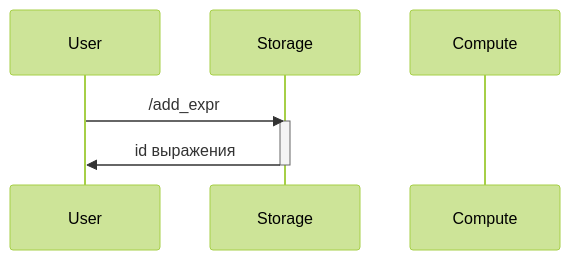
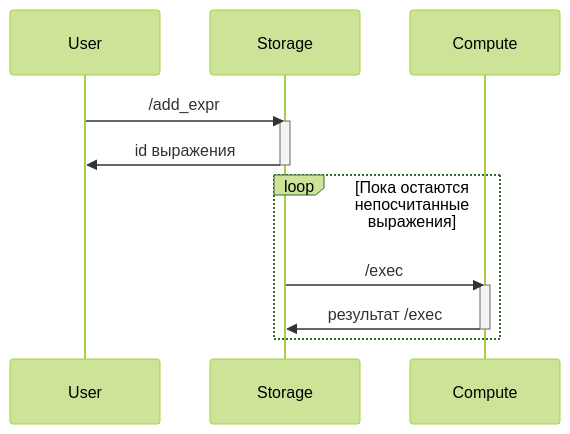
The second of 2 diagrams in README.md (XJIeI5/calculator), drawn with Mermaid (forest theme) before and after one commit.

````diff
--- a/README.md
+++ b/README.md
@@ -166,10 +166,16 @@
 ```mermaid
 sequenceDiagram;
   participant U as User;
   participant S as Storage;
   participant C as Compute;
   U->>S: /add_expr;
   activate S;
   S->>U: id выражения;
   deactivate S;
+  loop Пока остаются непосчитанные выражения;
+  S->>C: /exec;
+  activate C;
+  C->>S: результат /exec;
+  deactivate C;
+  end;
 ```
````
